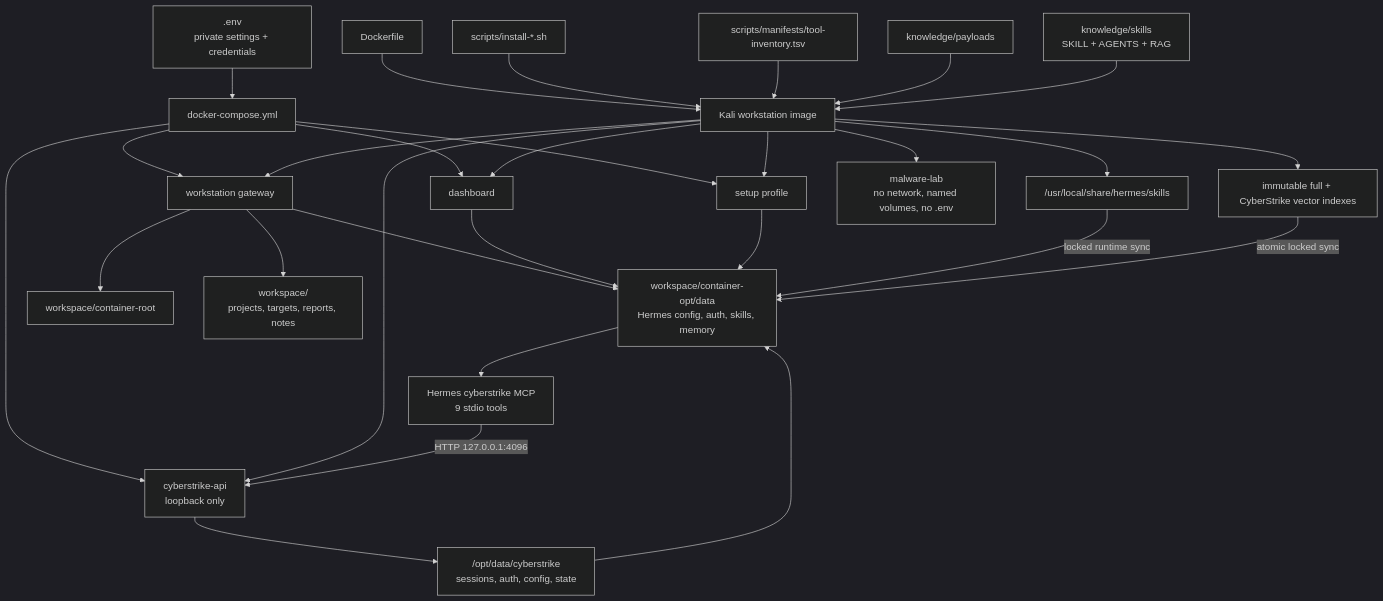
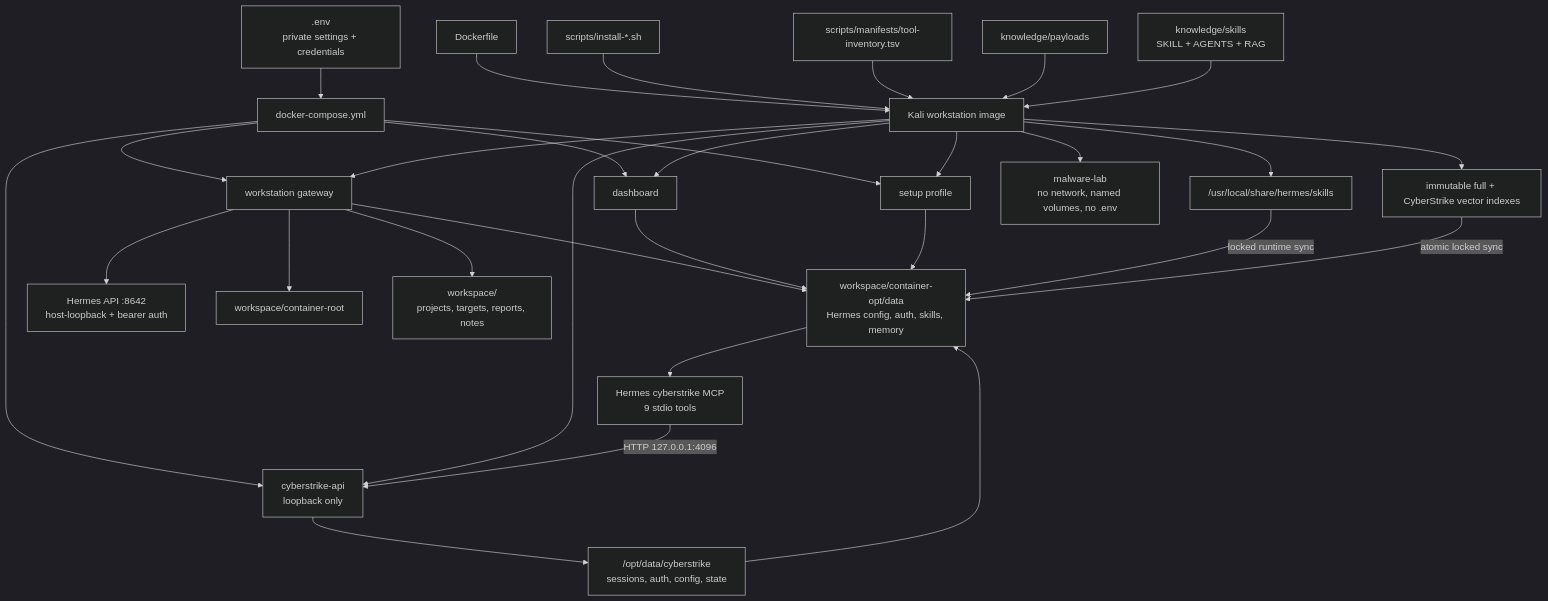
Before and after one commit to mahfuz33R/ai-offensive-workstation: the diagram in docs/ARCHITECTURE.md, drawn with Mermaid (dark theme). The commit also changed 9 other files, not shown here.

Commit message:
Enable and verify authenticated Hermes API

````diff
--- a/docs/ARCHITECTURE.md
+++ b/docs/ARCHITECTURE.md
@@ -6,35 +6,36 @@
 ```mermaid
 flowchart TD
     ENV[".env<br/>private settings + credentials"] --> COMPOSE[docker-compose.yml]
     DOCKERFILE[Dockerfile] --> IMAGE[Kali workstation image]
     INSTALLERS[scripts/install-*.sh] --> IMAGE
     MANIFEST[scripts/manifests/tool-inventory.tsv] --> IMAGE
     PAYLOADS[knowledge/payloads] --> IMAGE
     SKILLS["knowledge/skills<br/>SKILL + AGENTS + RAG"] --> IMAGE
 
     COMPOSE --> WORKSTATION[workstation gateway]
     COMPOSE --> DASHBOARD[dashboard]
     COMPOSE --> CYBERAPI["cyberstrike-api<br/>loopback only"]
     COMPOSE --> SETUP[setup profile]
     IMAGE --> WORKSTATION
     IMAGE --> DASHBOARD
     IMAGE --> CYBERAPI
     IMAGE --> SETUP
 
     WORKSTATION --> DATA["workspace/container-opt/data<br/>Hermes config, auth, skills, memory"]
+    WORKSTATION --> HERMESAPI["Hermes API :8642<br/>host-loopback + bearer auth"]
     DASHBOARD --> DATA
     CYBERAPI --> CYBERSTATE["/opt/data/cyberstrike<br/>sessions, auth, config, state"]
     CYBERSTATE --> DATA
     SETUP --> DATA
     WORKSTATION --> ROOT[workspace/container-root]
     WORKSTATION --> SHARED["workspace/<br/>projects, targets, reports, notes"]
 
     IMAGE --> BUNDLED["/usr/local/share/hermes/skills"]
     BUNDLED -->|locked runtime sync| DATA
     IMAGE --> VECTOR["immutable full + CyberStrike vector indexes"]
     VECTOR -->|atomic locked sync| DATA
     DATA --> MCP["Hermes cyberstrike MCP<br/>9 stdio tools"]
     MCP -->|"HTTP 127.0.0.1:4096"| CYBERAPI
 
     IMAGE --> MALWARE["malware-lab<br/>no network, named volumes, no .env"]
 ```
````
